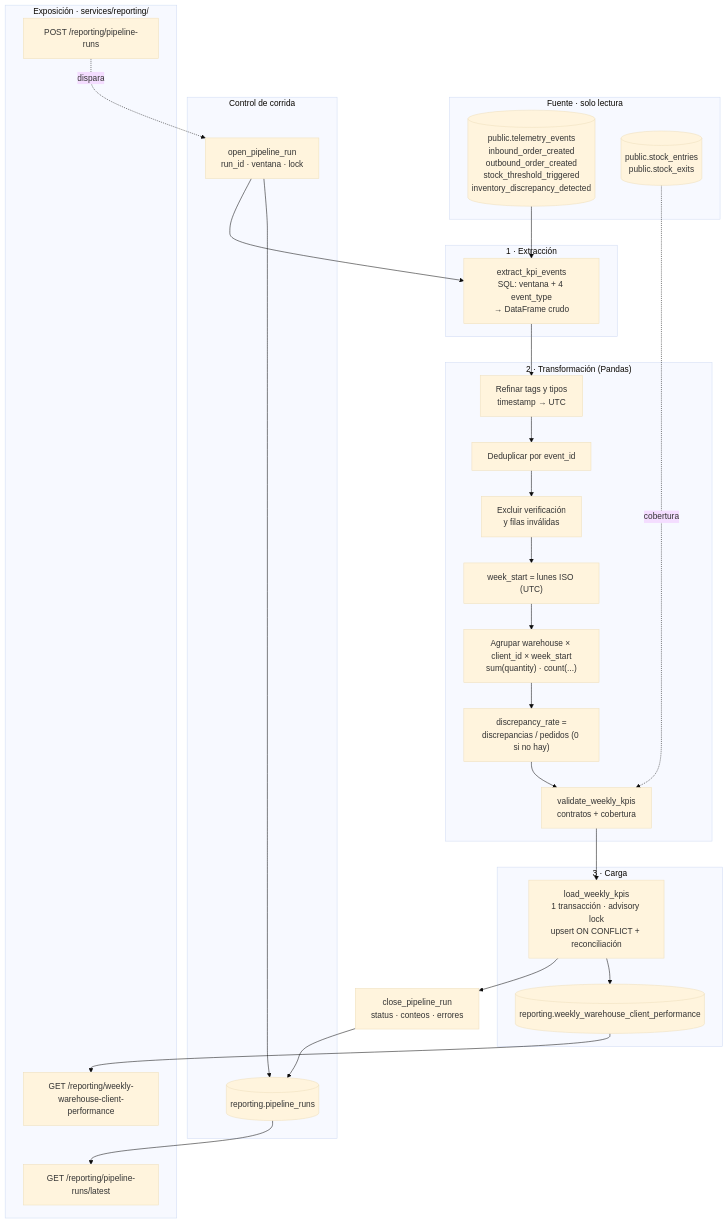
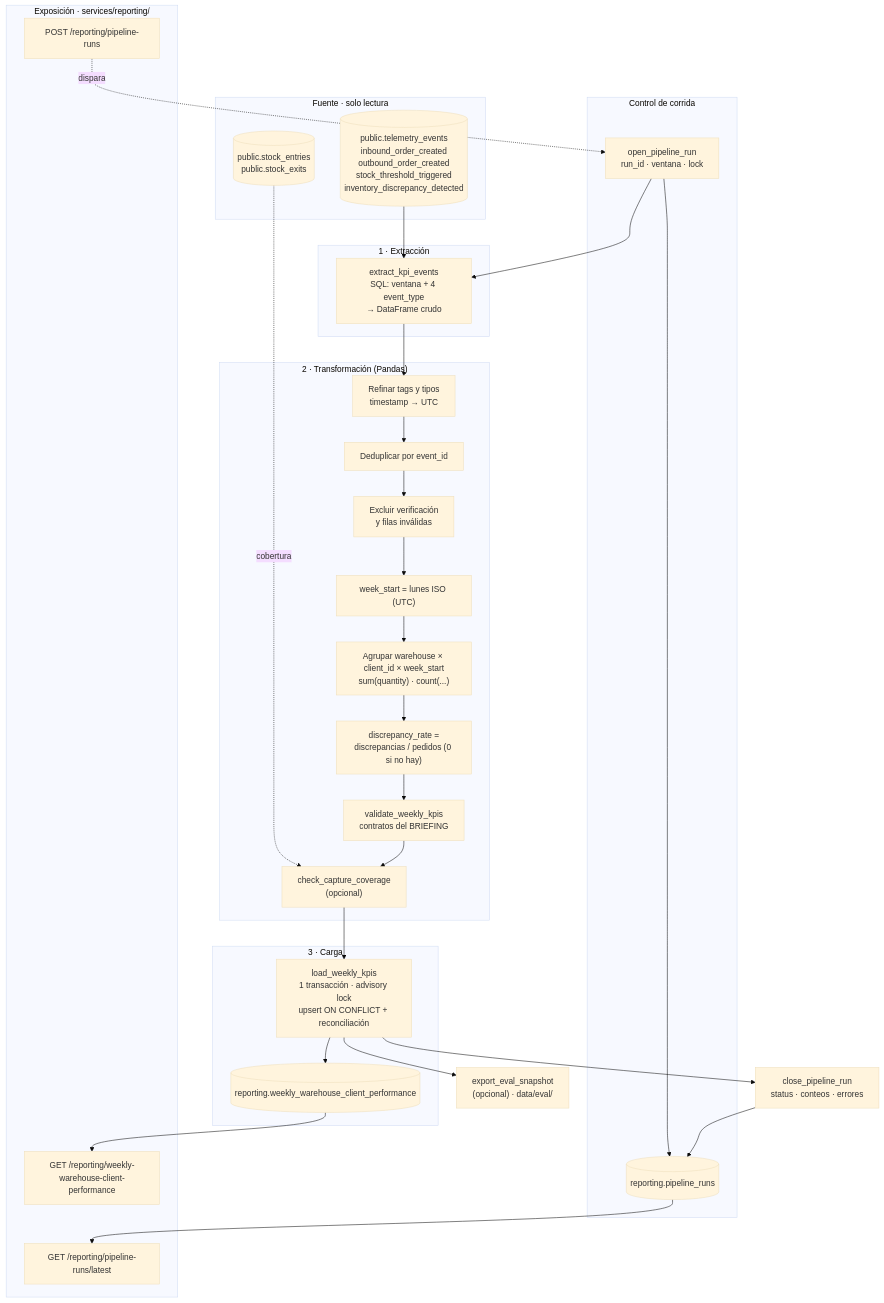
Before and after one commit to 4GeeksAcademy/Mi-Contexto-De-Empresa-Marisin: the diagram in data/pipelines/PIPELINE_DESIGN.md, drawn with Mermaid (base theme). The commit also changed other lines of this file, not shown here.

First line of the commit message:
docs: documentar la ejecución y la frecuencia del pipeline de negocio

````diff
--- a/data/pipelines/PIPELINE_DESIGN.md
+++ b/data/pipelines/PIPELINE_DESIGN.md
@@ -187,48 +187,50 @@
 ```mermaid
 flowchart TB
     subgraph Fuente["Fuente · solo lectura"]
         TE[("public.telemetry_events<br/>inbound_order_created<br/>outbound_order_created<br/>stock_threshold_triggered<br/>inventory_discrepancy_detected")]
         DOM[("public.stock_entries<br/>public.stock_exits")]
     end
 
     subgraph Control["Control de corrida"]
         OPEN["open_pipeline_run<br/>run_id · ventana · lock"]
         RUNS[("reporting.pipeline_runs")]
     end
 
     subgraph E["1 · Extracción"]
         EX["extract_kpi_events<br/>SQL: ventana + 4 event_type<br/>→ DataFrame crudo"]
     end
 
     subgraph T["2 · Transformación (Pandas)"]
         T1["Refinar tags y tipos<br/>timestamp → UTC"]
         T2["Deduplicar por event_id"]
         T3["Excluir verificación<br/>y filas inválidas"]
         T4["week_start = lunes ISO (UTC)"]
         T5["Agrupar warehouse × client_id × week_start<br/>sum(quantity) · count(...)"]
         T6["discrepancy_rate =<br/>discrepancias / pedidos (0 si no hay)"]
-        V["validate_weekly_kpis<br/>contratos + cobertura"]
+        V["validate_weekly_kpis<br/>contratos del BRIEFING"]
+        COV["check_capture_coverage<br/>(opcional)"]
     end
 
     subgraph L["3 · Carga"]
         LD["load_weekly_kpis<br/>1 transacción · advisory lock<br/>upsert ON CONFLICT + reconciliación"]
         DEST[("reporting.weekly_warehouse_client_performance")]
     end
 
     subgraph S["Exposición · services/reporting/"]
         API1["GET /reporting/weekly-warehouse-client-performance"]
         API2["GET /reporting/pipeline-runs/latest"]
         API3["POST /reporting/pipeline-runs"]
     end
 
     OPEN --> RUNS
     OPEN --> EX
     TE --> EX
     EX --> T1 --> T2 --> T3 --> T4 --> T5 --> T6 --> V
-    DOM -. cobertura .-> V
-    V --> LD --> DEST
+    DOM -. cobertura .-> COV
+    V --> COV --> LD --> DEST
+    LD --> SNAP["export_eval_snapshot<br/>(opcional) · data/eval/"]
     LD --> CLOSE["close_pipeline_run<br/>status · conteos · errores"] --> RUNS
     DEST --> API1
     RUNS --> API2
     API3 -. dispara .-> OPEN
 ```
````
